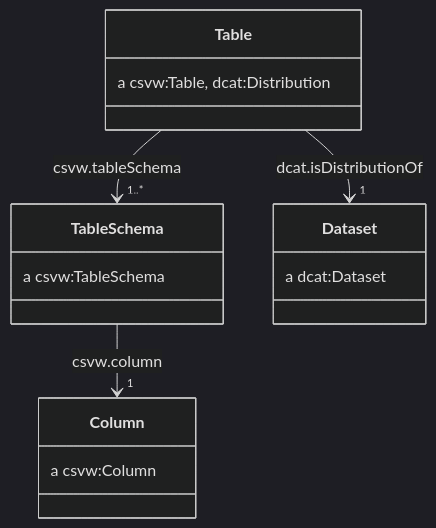
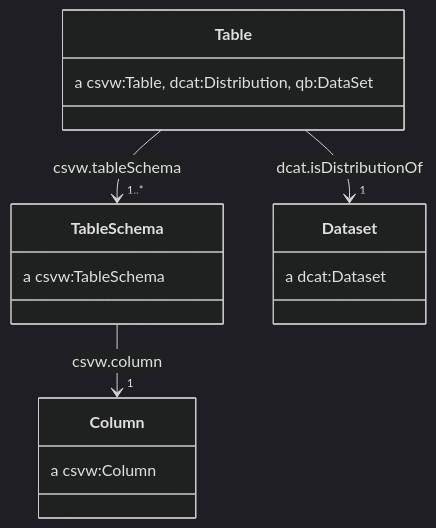
The diagram in csvw.md (ONSdigital/application-profile), drawn with Mermaid (dark theme) before and after one commit. The commit also changed other lines of this file and 1 other file, not shown here.

````diff
--- a/csvw.md
+++ b/csvw.md
@@ -170,20 +218,20 @@
 ```mermaid
 classDiagram
     class `Table` {
-        a csvw:Table, dcat:Distribution
+        a csvw:Table, dcat:Distribution, qb:DataSet
     }
     class `TableSchema` {
         a csvw:TableSchema
     }
     class `Column` {
         a csvw:Column
     }
     class `Dataset` {
         a dcat:Dataset
     }
 
     Table --> "1" Dataset: dcat.isDistributionOf
     Table --> "1..*" TableSchema: csvw.tableSchema
     TableSchema --> "1" Column: csvw.column
   
 ```
````
